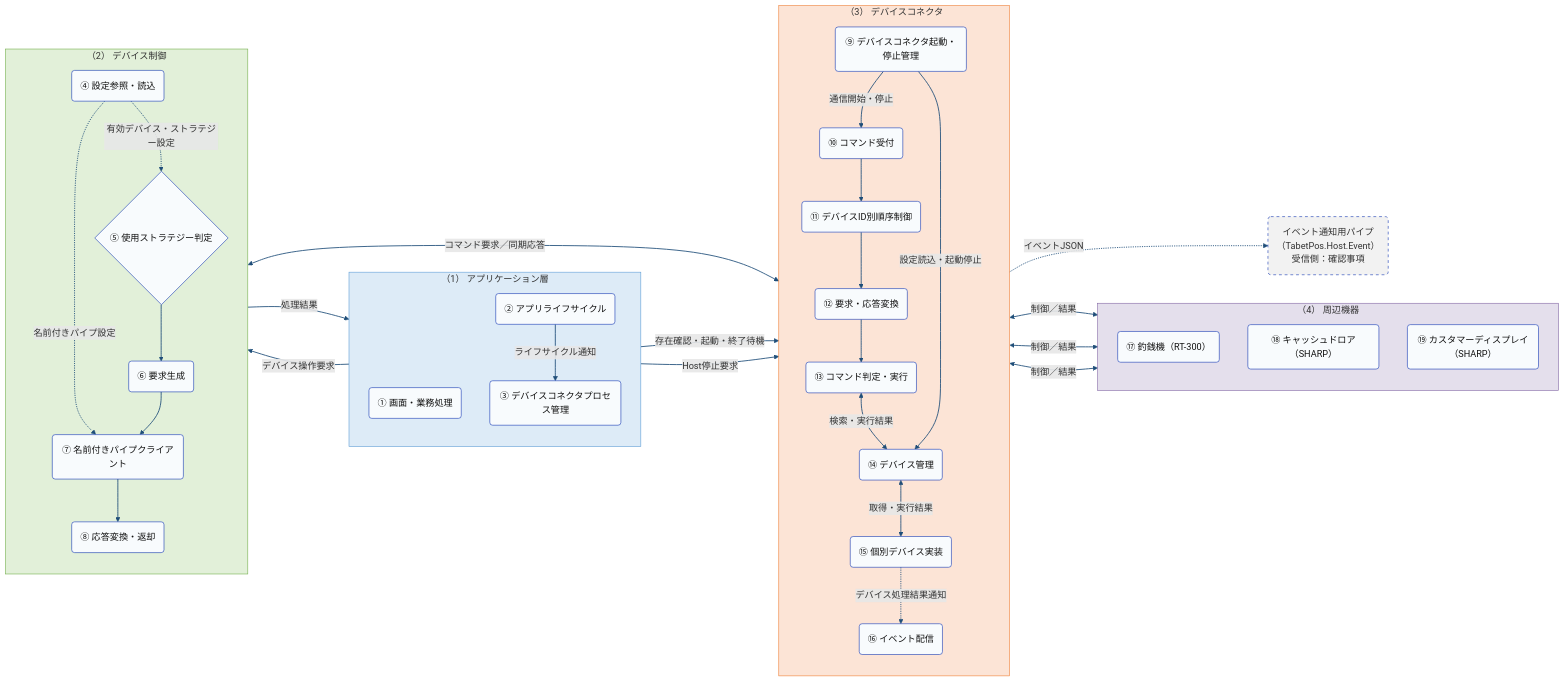
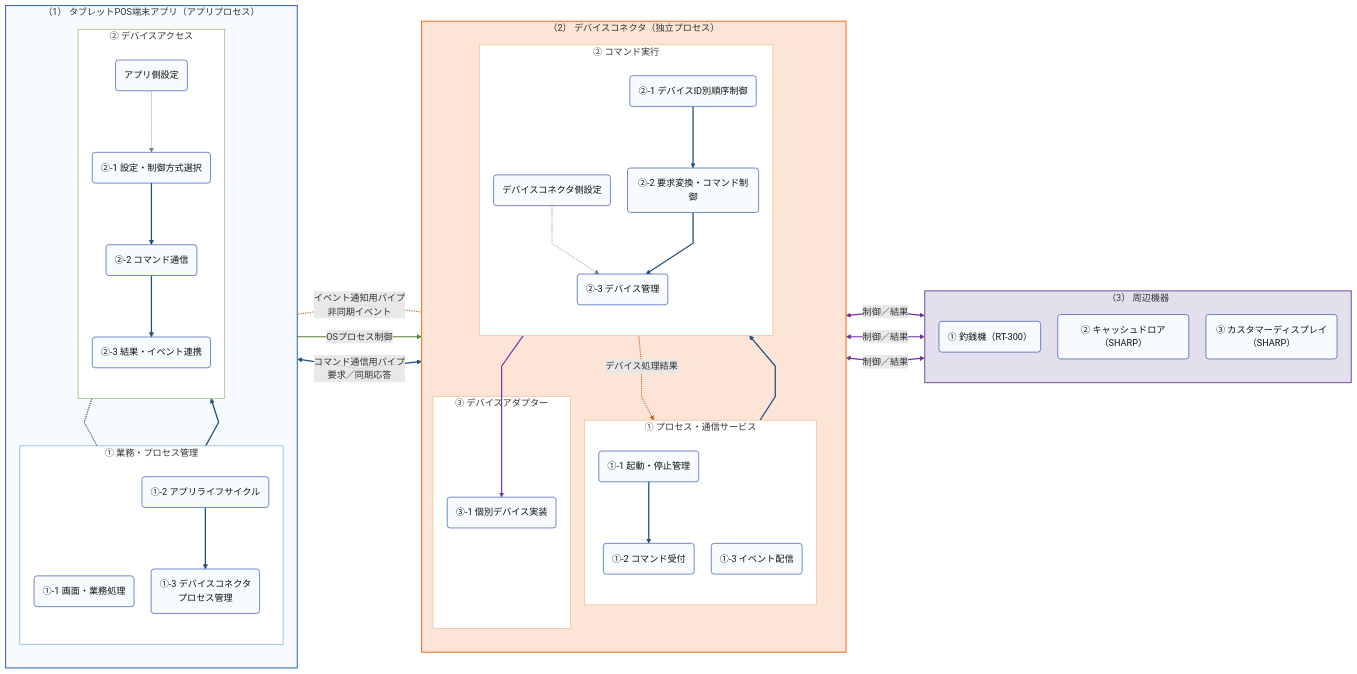
Before and after one commit to vti-sam/smj-ks-pos-stored: the second of 3 diagrams in artifacts/reports/architecture/ARCH-HOST-01_タブレットPOS_デバイスコネクタ基本設計書/ARCH-HOST-01_タブレットPOS_デバイスコネクタ基本設計書.md, drawn with Mermaid. The commit also changed other lines of this file and 40 other files, not shown here.

````diff
--- a/artifacts/reports/architecture/ARCH-HOST-01_タブレットPOS_デバイスコネクタ基本設計書/ARCH-HOST-01_タブレットPOS_デバイスコネクタ基本設計書.md
+++ b/artifacts/reports/architecture/ARCH-HOST-01_タブレットPOS_デバイスコネクタ基本設計書/ARCH-HOST-01_タブレットPOS_デバイスコネクタ基本設計書.md
@@ -146,78 +227,81 @@
 ```mermaid
-flowchart LR
-    subgraph APP["（1） アプリケーション層"]
+%%{init: {"flowchart": {"defaultRenderer": "dagre", "curve": "linear", "nodeSpacing": 30, "rankSpacing": 58}}}%%
+flowchart RL
+    subgraph APP["（1） タブレットPOS端末アプリ（アプリプロセス）"]
         direction TB
-        Business("① 画面・業務処理")
-        Lifecycle("② アプリライフサイクル")
-        HostManager("③ デバイスコネクタプロセス管理")
-
-        Lifecycle -->|ライフサイクル通知| HostManager
+        subgraph APP_COORD["① 業務・プロセス管理"]
+            direction TB
+            BUSINESS("①-1 画面・業務処理")
+            LIFECYCLE("①-2 アプリライフサイクル")
+            PROCESS("①-3 デバイスコネクタ<br/>プロセス管理")
+            LIFECYCLE --> PROCESS
+        end
+        subgraph APP_ACCESS["② デバイスアクセス"]
+            direction TB
+            APP_SETTING("アプリ側設定")
+            SELECT("②-1 設定・制御方式選択")
+            COMMAND("②-2 コマンド通信")
+            RESULT("②-3 結果・イベント連携")
+            APP_SETTING -.-> SELECT
+            SELECT --> COMMAND --> RESULT
+        end
+        BUSINESS --> SELECT
+        RESULT -.- BUSINESS
     end
 
-    subgraph CTRL["（2） デバイス制御"]
+    subgraph HOST["（2） デバイスコネクタ（独立プロセス）"]
         direction TB
-        Config("④ 設定参照・読込")
-        Strategy{"⑤ 使用ストラテジー判定"}
-        Request("⑥ 要求生成")
-        Client("⑦ 名前付きパイプクライアント")
-        Result("⑧ 応答変換・返却")
-
-        Config -.->|有効デバイス・ストラテジー設定| Strategy
-        Config -.->|名前付きパイプ設定| Client
-        Strategy --> Request --> Client --> Result
+        subgraph HOST_SERVICE["① プロセス・通信サービス"]
+            direction TB
+            RUNTIME("①-1 起動・停止管理")
+            SERVER("①-2 コマンド受付")
+            EVENT("①-3 イベント配信")
+            RUNTIME --> SERVER
+        end
+        subgraph HOST_EXEC["② コマンド実行"]
+            direction TB
+            HOST_SETTING("デバイスコネクタ側設定")
+            ORDER("②-1 デバイスID別順序制御")
+            CONTROL("②-2 要求変換・コマンド制御")
+            MANAGER("②-3 デバイス管理")
+            HOST_SETTING -.-> MANAGER
+            ORDER --> CONTROL --> MANAGER
+        end
+        subgraph HOST_ADAPTER["③ デバイスアダプター"]
+            ADAPTER("③-1 個別デバイス実装")
+        end
+        SERVER --> ORDER
+        MANAGER --> ADAPTER
+        MANAGER -.->|デバイス処理結果| EVENT
     end
 
-    subgraph HOST["（3） デバイスコネクタ"]
+    subgraph DEVICE["（3） 周辺機器"]
         direction TB
-        HostControl("⑨ デバイスコネクタ起動・停止管理")
-        Server("⑩ コマンド受付")
-        Router("⑪ デバイスID別順序制御")
-        Mapper("⑫ 要求・応答変換")
-        Handler("⑬ コマンド判定・実行")
-        Manager("⑭ デバイス管理")
-        Impl("⑮ 個別デバイス実装")
-        Publisher("⑯ イベント配信")
-
-        Server --> Router --> Mapper --> Handler
-        Handler <-->|検索・実行結果| Manager
-        Manager <-->|取得・実行結果| Impl
-        Impl -.->|デバイス処理結果通知| Publisher
+        CASH("① 釣銭機（RT-300）")
+        DRAWER("② キャッシュドロア（SHARP）")
+        DISPLAY("③ カスタマーディスプレイ（SHARP）")
     end
 
-    subgraph DEVICE["（4） 周辺機器"]
-        direction TB
-        CashChanger("⑰ 釣銭機（RT-300）")
-        CashDrawer("⑱ キャッシュドロア（SHARP）")
-        CustomerDisplay("⑲ カスタマーディスプレイ（SHARP）")
-    end
-
-    EventPipe("イベント通知用パイプ<br/>（TabetPos.Host.Event）<br/>受信側：確認事項")
-
-    %% デバイス操作要求の主経路
-    Business -->|デバイス操作要求| Strategy
-    Client <-->|コマンド要求／同期応答| Server
-    Result -->|処理結果| Business
-
-    %% Hostプロセスのライフサイクル
-    HostManager -->|存在確認・起動・終了待機| HostControl
-    HostManager -->|Host停止要求| Server
-    HostControl -->|通信開始・停止| Server
-    HostControl -->|設定読込・起動停止| Manager
-
-    %% 実機制御
-    Impl <-->|制御／結果| CashChanger
-    Impl <-->|制御／結果| CashDrawer
-    Impl <-->|制御／結果| CustomerDisplay
-
-    %% 非同期イベント
-    Publisher -.->|イベントJSON| EventPipe
+    PROCESS -->|OSプロセス制御| RUNTIME
+    COMMAND <-->|コマンド通信用パイプ<br/>要求／同期応答| SERVER
+    EVENT -.-|イベント通知用パイプ<br/>非同期イベント| RESULT
+    CASH <-->|制御／結果| ADAPTER
+    DRAWER <-->|制御／結果| ADAPTER
+    DISPLAY <-->|制御／結果| ADAPTER
 
     classDef component fill:#F8FBFD,stroke:#0D32B2,color:#111111
-    class Business,Lifecycle,HostManager,Config,Strategy,Request,Client,Result,HostControl,Server,Router,Mapper,Handler,Manager,Impl,Publisher,CashChanger,CashDrawer,CustomerDisplay component
-    style APP fill:#DDEBF7,stroke:#5B9BD5
-    style CTRL fill:#E2F0D9,stroke:#70AD47
-    style HOST fill:#FCE4D6,stroke:#ED7D31
-    style DEVICE fill:#E4DFEC,stroke:#8064A2
-    style EventPipe fill:#F2F2F2,stroke:#0D32B2,stroke-dasharray:5 5
-    linkStyle default stroke:#1F4E79,stroke-width:1.5px
+    class BUSINESS,LIFECYCLE,PROCESS,APP_SETTING,SELECT,COMMAND,RESULT,RUNTIME,SERVER,EVENT,HOST_SETTING,ORDER,CONTROL,MANAGER,ADAPTER,CASH,DRAWER,DISPLAY component
+    style APP fill:#F7FBFF,stroke:#4472C4,stroke-width:2px
+    style APP_COORD fill:#FFFFFF,stroke:#5B9BD5
+    style APP_ACCESS fill:#FFFFFF,stroke:#70AD47
+    style HOST fill:#FCE4D6,stroke:#ED7D31,stroke-width:2px
+    style HOST_SERVICE fill:#FFFFFF,stroke:#F4B183
+    style HOST_EXEC fill:#FFFFFF,stroke:#F4B183
+    style HOST_ADAPTER fill:#FFFFFF,stroke:#F4B183
+    style DEVICE fill:#E4DFEC,stroke:#8064A2,stroke-width:2px
+    linkStyle 0,2,3,4,5,6,8,9,10,14 stroke:#1F4E79,stroke-width:2.2px
+    linkStyle 1,7 stroke:#7F7F7F,stroke-width:1.3px
+    linkStyle 12,15 stroke:#C65911,stroke-width:1.8px
+    linkStyle 13 stroke:#548235,stroke-width:1.8px
+    linkStyle 11,16,17,18 stroke:#7030A0,stroke-width:2px
 ```
````
